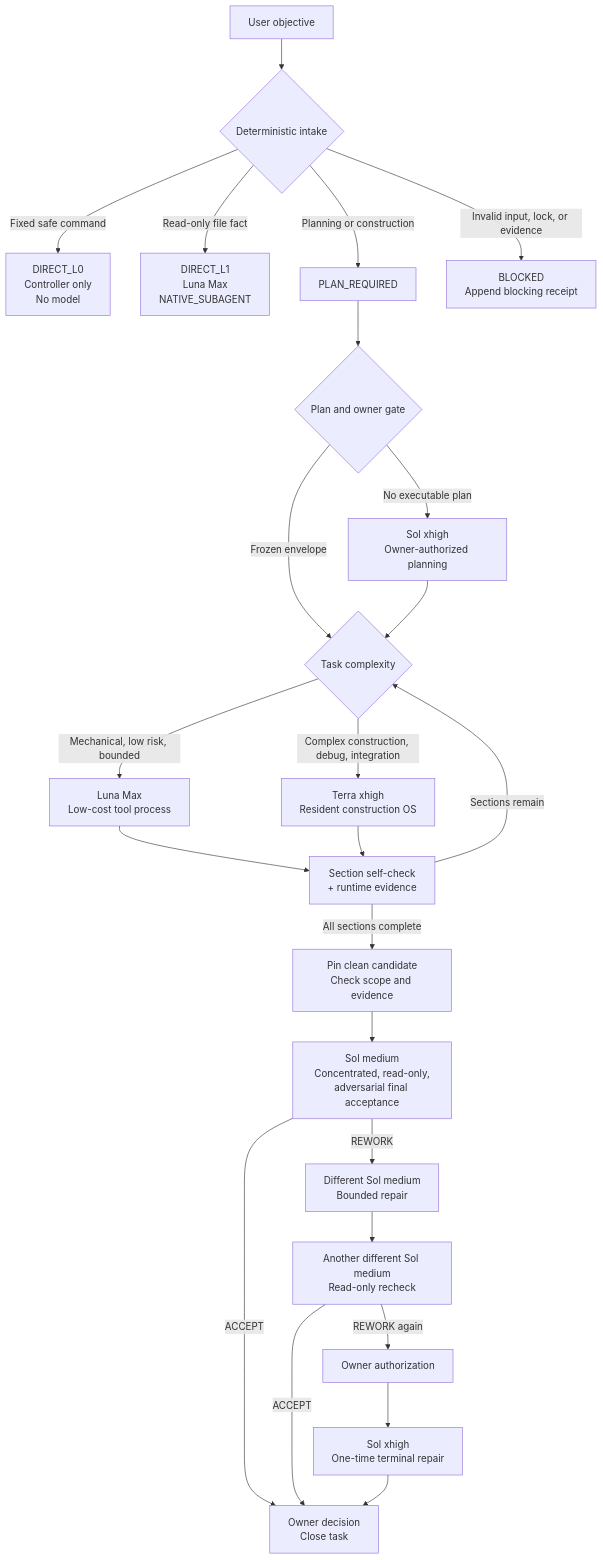
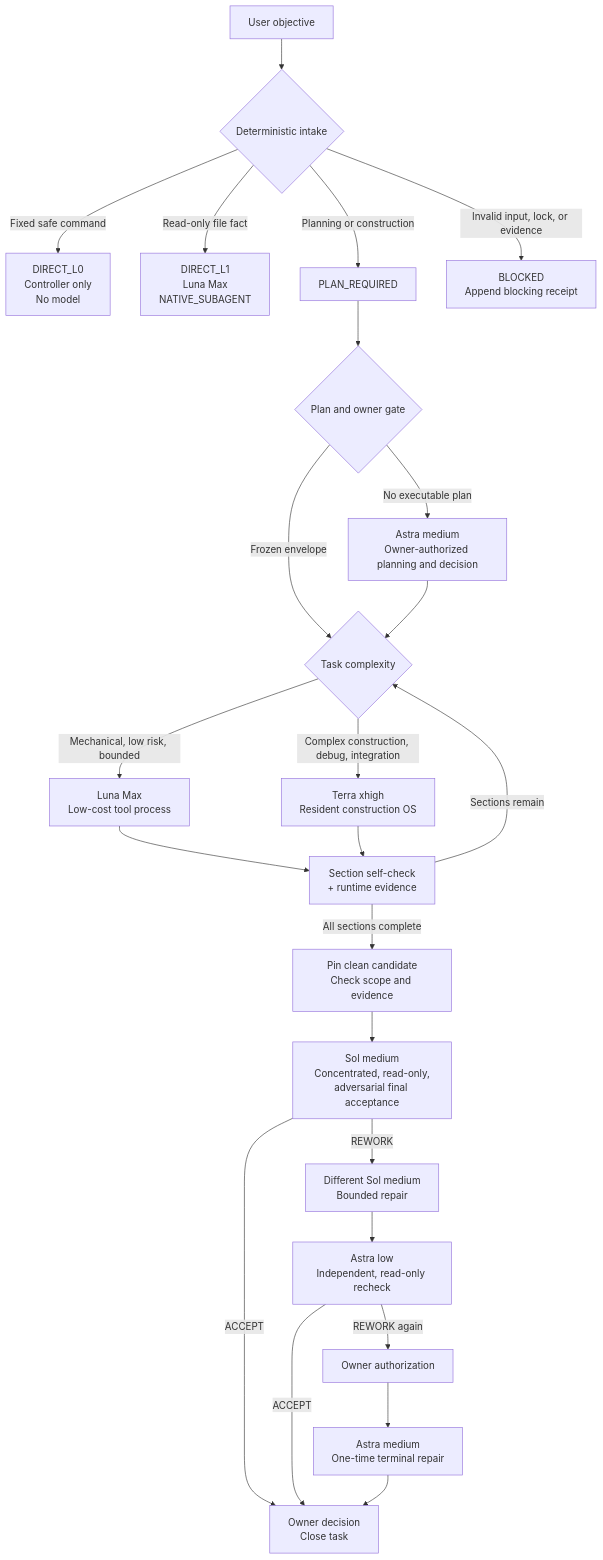
The second of 2 diagrams in README.md (New2taste/codex-team), drawn with Mermaid before and after one commit. The commit also changed other lines of this file and 37 other files, not shown here.

First line of the commit message:
feat(workflow): route Sol xhigh duties to Astra

````diff
--- a/README.md
+++ b/README.md
@@ -90,27 +92,27 @@
 ```mermaid
 flowchart TD
     A[User objective] --> B{Deterministic intake}
     B -->|Fixed safe command| C[DIRECT_L0<br/>Controller only<br/>No model]
     B -->|Read-only file fact| D[DIRECT_L1<br/>Luna Max<br/>NATIVE_SUBAGENT]
     B -->|Planning or construction| E[PLAN_REQUIRED]
     B -->|Invalid input, lock, or evidence| X[BLOCKED<br/>Append blocking receipt]
 
     E --> F{Plan and owner gate}
-    F -->|No executable plan| G[Sol xhigh<br/>Owner-authorized planning]
+    F -->|No executable plan| G[Astra medium<br/>Owner-authorized planning and decision]
     F -->|Frozen envelope| H{Task complexity}
     G --> H
     H -->|Mechanical, low risk, bounded| I[Luna Max<br/>Low-cost tool process]
     H -->|Complex construction, debug, integration| J[Terra xhigh<br/>Resident construction OS]
     I --> K[Section self-check<br/>+ runtime evidence]
     J --> K
     K -->|Sections remain| H
     K -->|All sections complete| L[Pin clean candidate<br/>Check scope and evidence]
     L --> M[Sol medium<br/>Concentrated, read-only,<br/>adversarial final acceptance]
     M -->|ACCEPT| N[Owner decision<br/>Close task]
     M -->|REWORK| O[Different Sol medium<br/>Bounded repair]
-    O --> P[Another different Sol medium<br/>Read-only recheck]
+    O --> P[Astra low<br/>Independent, read-only recheck]
     P -->|ACCEPT| N
     P -->|REWORK again| Q[Owner authorization]
-    Q --> R[Sol xhigh<br/>One-time terminal repair]
+    Q --> R[Astra medium<br/>One-time terminal repair]
     R --> N
 ```
````
